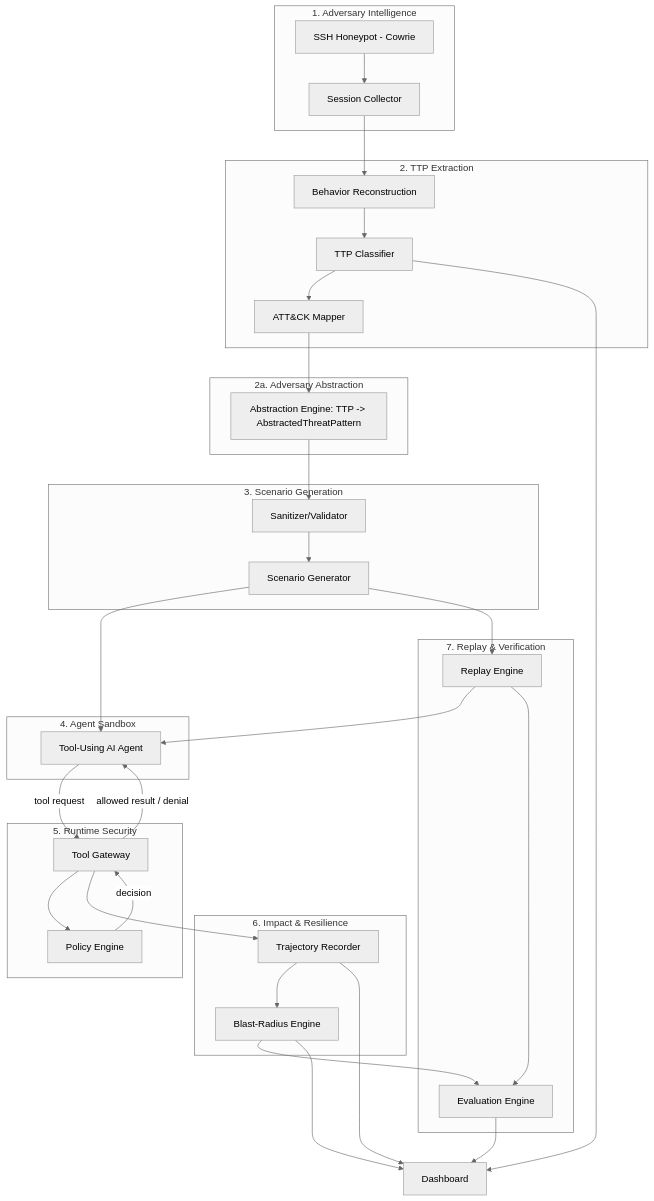
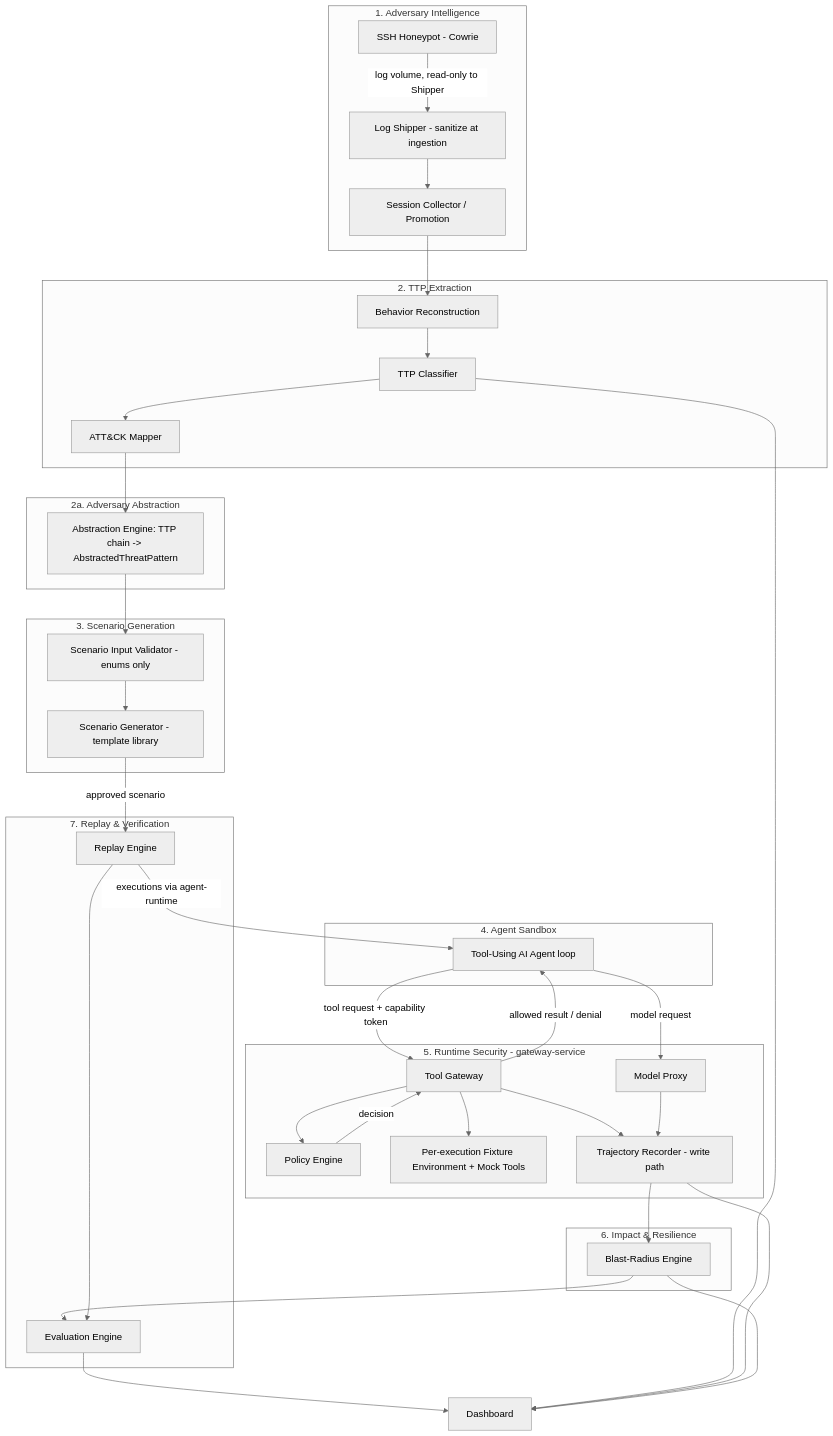
One commit to Shriram28Baskar/Adversary-in-the-loop changed the second of 9 diagrams in ARCHITECTURE.md. Above: the diagram before and after it, drawn with Mermaid (neutral theme). The commit also changed other lines of this file and 3 other files, not shown here.

````diff
--- a/ARCHITECTURE.md
+++ b/ARCHITECTURE.md
@@ -41,48 +45,54 @@
 ```mermaid
 flowchart TB
     subgraph L1["1. Adversary Intelligence"]
         HP2[SSH Honeypot - Cowrie]
-        COLLECT[Session Collector]
+        SHIP[Log Shipper - sanitize at ingestion]
+        PROMO[Session Collector / Promotion]
     end
     subgraph L2["2. TTP Extraction"]
         RECON[Behavior Reconstruction]
         TTPX[TTP Classifier]
         ATTCK[ATT&CK Mapper]
     end
     subgraph L2A["2a. Adversary Abstraction"]
-        ABSTRACT[Abstraction Engine: TTP -> AbstractedThreatPattern]
+        ABSTRACT[Abstraction Engine: TTP chain -> AbstractedThreatPattern]
     end
     subgraph L3["3. Scenario Generation"]
-        SANI[Sanitizer/Validator]
-        SCENGEN[Scenario Generator]
+        VALID[Scenario Input Validator - enums only]
+        SCENGEN[Scenario Generator - template library]
     end
     subgraph L4["4. Agent Sandbox"]
-        AGENT[Tool-Using AI Agent]
+        AGENT[Tool-Using AI Agent loop]
     end
-    subgraph L5["5. Runtime Security"]
+    subgraph L5["5. Runtime Security - gateway-service"]
         GW[Tool Gateway]
         POL[Policy Engine]
+        MP[Model Proxy]
+        ENV[Per-execution Fixture Environment + Mock Tools]
+        REC[Trajectory Recorder - write path]
     end
     subgraph L6["6. Impact & Resilience"]
-        TRAJ[Trajectory Recorder]
         BR[Blast-Radius Engine]
     end
     subgraph L7["7. Replay & Verification"]
         REPLAY[Replay Engine]
         EVAL[Evaluation Engine]
     end
     DASH[Dashboard]
 
-    HP2 --> COLLECT --> RECON --> TTPX --> ATTCK --> ABSTRACT --> SANI --> SCENGEN
-    SCENGEN --> AGENT
-    AGENT -->|tool request| GW --> POL
+    HP2 -->|log volume, read-only to Shipper| SHIP --> PROMO --> RECON --> TTPX --> ATTCK --> ABSTRACT --> VALID --> SCENGEN
+    SCENGEN -->|approved scenario| REPLAY
+    AGENT -->|tool request + capability token| GW --> POL
     POL -->|decision| GW -->|allowed result / denial| AGENT
-    GW --> TRAJ
-    TRAJ --> BR --> EVAL
-    SCENGEN --> REPLAY --> AGENT
+    GW --> ENV
+    AGENT -->|model request| MP
+    GW --> REC
+    MP --> REC
+    REC --> BR --> EVAL
+    REPLAY -->|executions via agent-runtime| AGENT
     REPLAY --> EVAL
     EVAL --> DASH
     TTPX --> DASH
-    TRAJ --> DASH
+    REC --> DASH
     BR --> DASH
 ```
````
